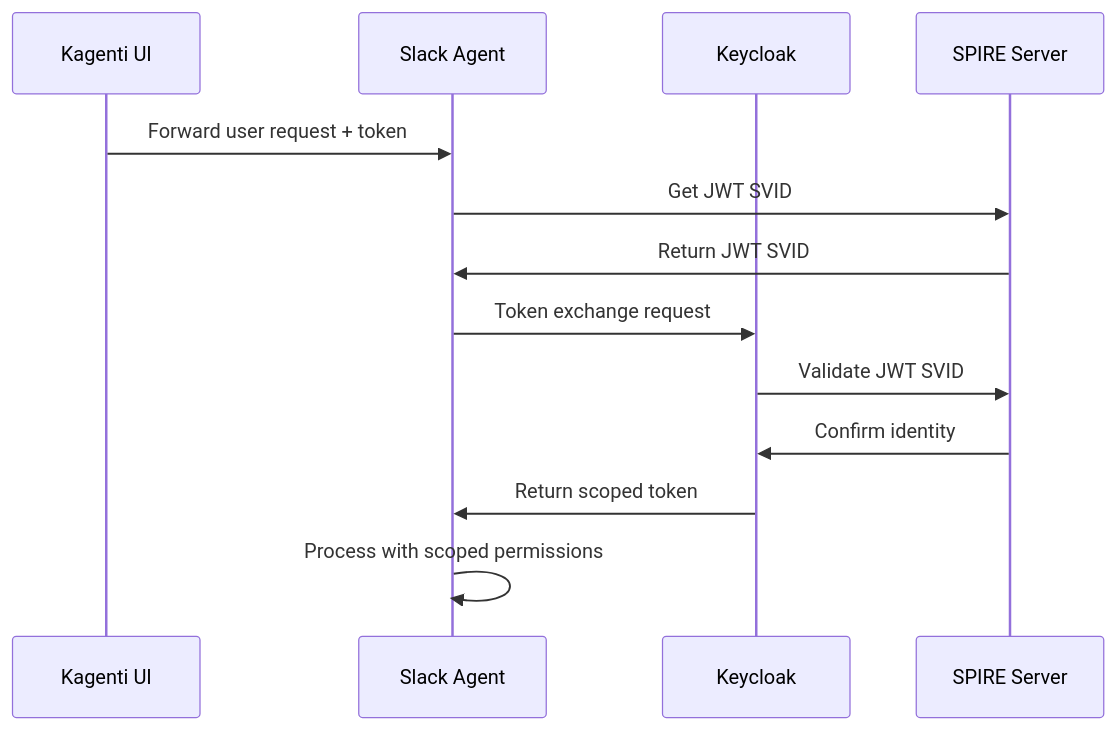
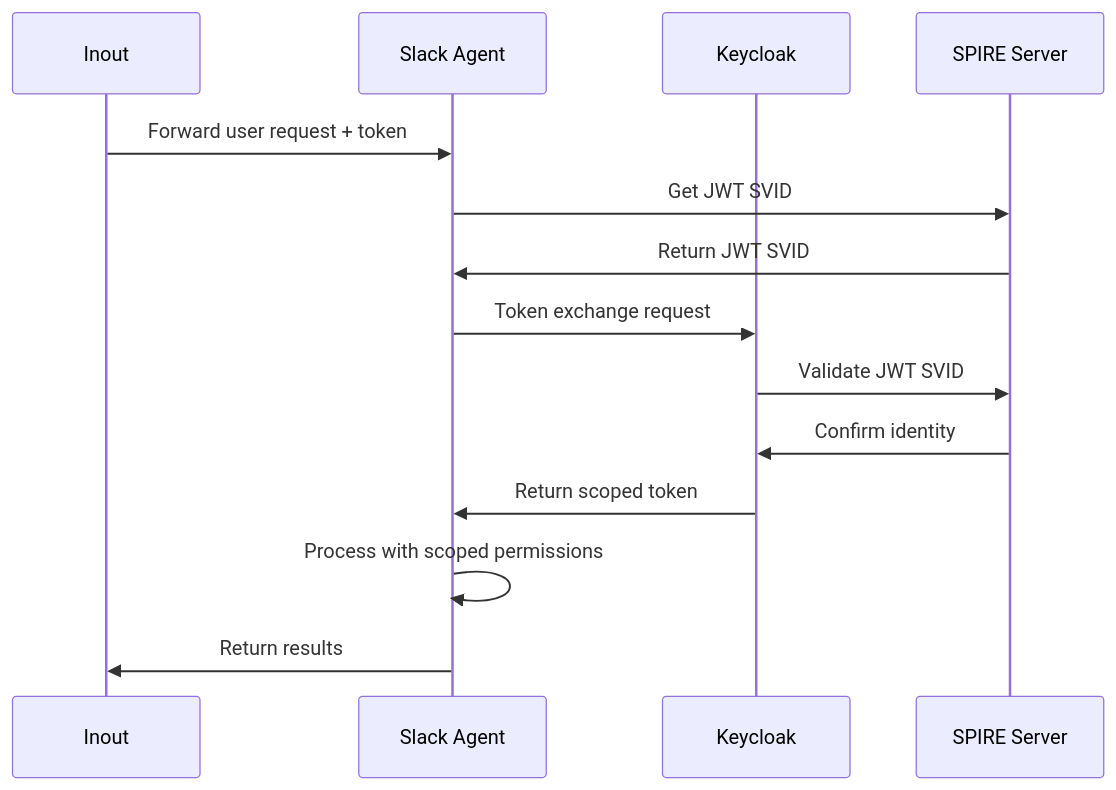
The second of 5 diagrams in docs/demo-identity.md (pdettori/kagenti), drawn with Mermaid before and after one commit. The commit also changed other lines of this file and 3 other files, not shown here.

Commit message:
Update flow diagrams

````diff
--- a/docs/demo-identity.md
+++ b/docs/demo-identity.md
@@ -290,16 +290,17 @@
 ```mermaid
 sequenceDiagram
-    participant UI as Kagenti UI
+    participant UI as Inout
     participant Agent as Slack Agent
     participant KC as Keycloak
     participant SPIRE as SPIRE Server
     
     UI->>Agent: Forward user request + token
     Agent->>SPIRE: Get JWT SVID
     SPIRE->>Agent: Return JWT SVID
     Agent->>KC: Token exchange request
     KC->>SPIRE: Validate JWT SVID
     SPIRE->>KC: Confirm identity
     KC->>Agent: Return scoped token
     Agent->>Agent: Process with scoped permissions
+    Agent->>UI: Return results
 ```
````
